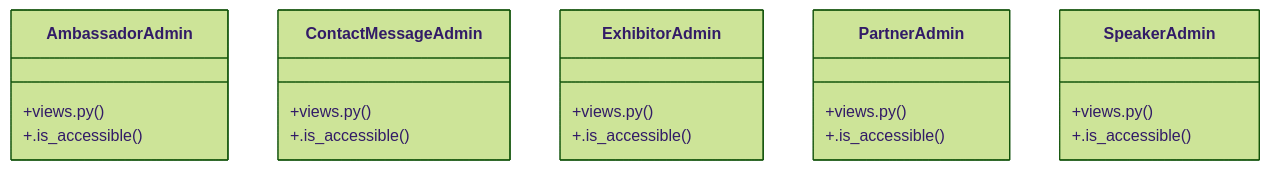
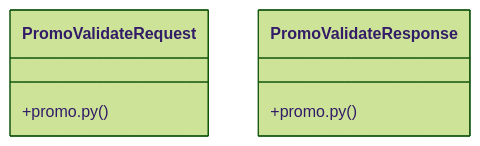
One commit to adjanayo/synca_conf_back changed the diagram in graphify-out/wiki/[ModelView_&__has_permission()]_Cluster.md. Above: the diagram before and after it, drawn with Mermaid (forest theme). The commit also changed other lines of this file and 37 other files, not shown here.

Commit message:
chore: update graphify knowledge graph

````diff
--- a/graphify-out/wiki/[ModelView_&__has_permission()]_Cluster.md
+++ b/graphify-out/wiki/[ModelView_&__has_permission()]_Cluster.md
@@ -23,23 +27,9 @@
 ```mermaid
 classDiagram
-    class AmbassadorAdmin {
-        +views.py()
-        +.is_accessible()
+    class PromoValidateRequest {
+        +promo.py()
     }
-    class ContactMessageAdmin {
-        +views.py()
-        +.is_accessible()
-    }
-    class ExhibitorAdmin {
-        +views.py()
-        +.is_accessible()
-    }
-    class PartnerAdmin {
-        +views.py()
-        +.is_accessible()
-    }
-    class SpeakerAdmin {
-        +views.py()
-        +.is_accessible()
+    class PromoValidateResponse {
+        +promo.py()
     }
 ```
````
